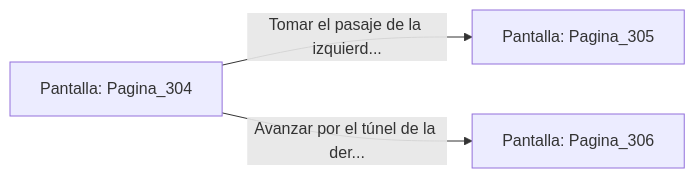
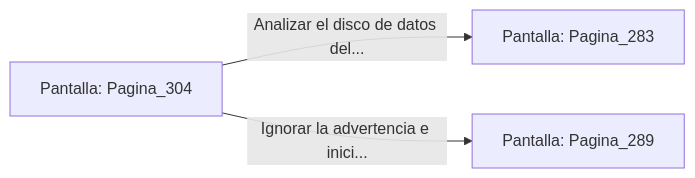
Before and after one commit to metsuke/mpl: the diagram in sample/eligejuego-vault/Pantalla_Pagina_304.md, drawn with Mermaid. The commit also changed other lines of this file and 635 other files, not shown here.

First line of the commit message:
fix: añadir Pagina_1 como pantalla inicial en capitulo_01.mpl

````diff
--- a/sample/eligejuego-vault/Pantalla_Pagina_304.md
+++ b/sample/eligejuego-vault/Pantalla_Pagina_304.md
@@ -20,6 +22,6 @@
 ```mermaid
 graph LR
     P_Pagina_304["Pantalla: Pagina_304"]
-    P_Pagina_304 -->|"Tomar el pasaje de la izquierd..."| P_Pagina_305["Pantalla: Pagina_305"]
-    P_Pagina_304 -->|"Avanzar por el túnel de la der..."| P_Pagina_306["Pantalla: Pagina_306"]
+    P_Pagina_304 -->|"Analizar el disco de datos del..."| P_Pagina_283["Pantalla: Pagina_283"]
+    P_Pagina_304 -->|"Ignorar la advertencia e inici..."| P_Pagina_289["Pantalla: Pagina_289"]
 ```
````
